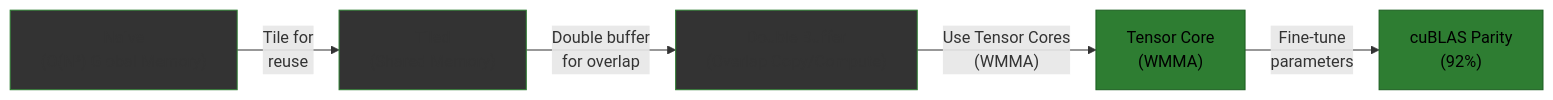
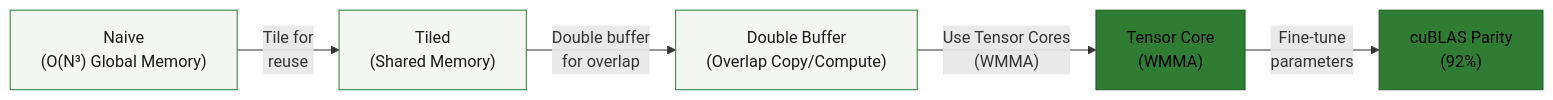
Before and after one commit to LessUp/modern-ai-kernels: the second of 5 diagrams in docs/en/whitepaper/architecture.md, drawn with Mermaid. The commit also changed other lines of this file and 48 other files, not shown here.

````diff
--- a/docs/en/whitepaper/architecture.md
+++ b/docs/en/whitepaper/architecture.md
@@ -102,19 +102,19 @@
 ```mermaid
 flowchart LR
     A["Naive<br/>(O(N³) Global Memory)"]
     B["Tiled<br/>(Shared Memory)"]
     C["Double Buffer<br/>(Overlap Copy/Compute)"]
     D["Tensor Core<br/>(WMMA)"]
     E["cuBLAS Parity<br/>(92%)"]
 
     A -->|"Tile for<br/>reuse"| B
     B -->|"Double buffer<br/>for overlap"| C
     C -->|"Use Tensor Cores<br/>(WMMA)"| D
     D -->|"Fine-tune<br/>parameters"| E
 
-    style A fill:#333,stroke:#2E7D32
-    style B fill:#333,stroke:#2E7D32
-    style C fill:#333,stroke:#2E7D32
+    style A fill:#F4F7F1,stroke:#2E7D32,color:#1A1A1A
+    style B fill:#F4F7F1,stroke:#2E7D32,color:#1A1A1A
+    style C fill:#F4F7F1,stroke:#2E7D32,color:#1A1A1A
     style D fill:#2E7D32,stroke:#1B5E20,color:#000
     style E fill:#2E7D32,stroke:#1B5E20,color:#000
 ```
````
